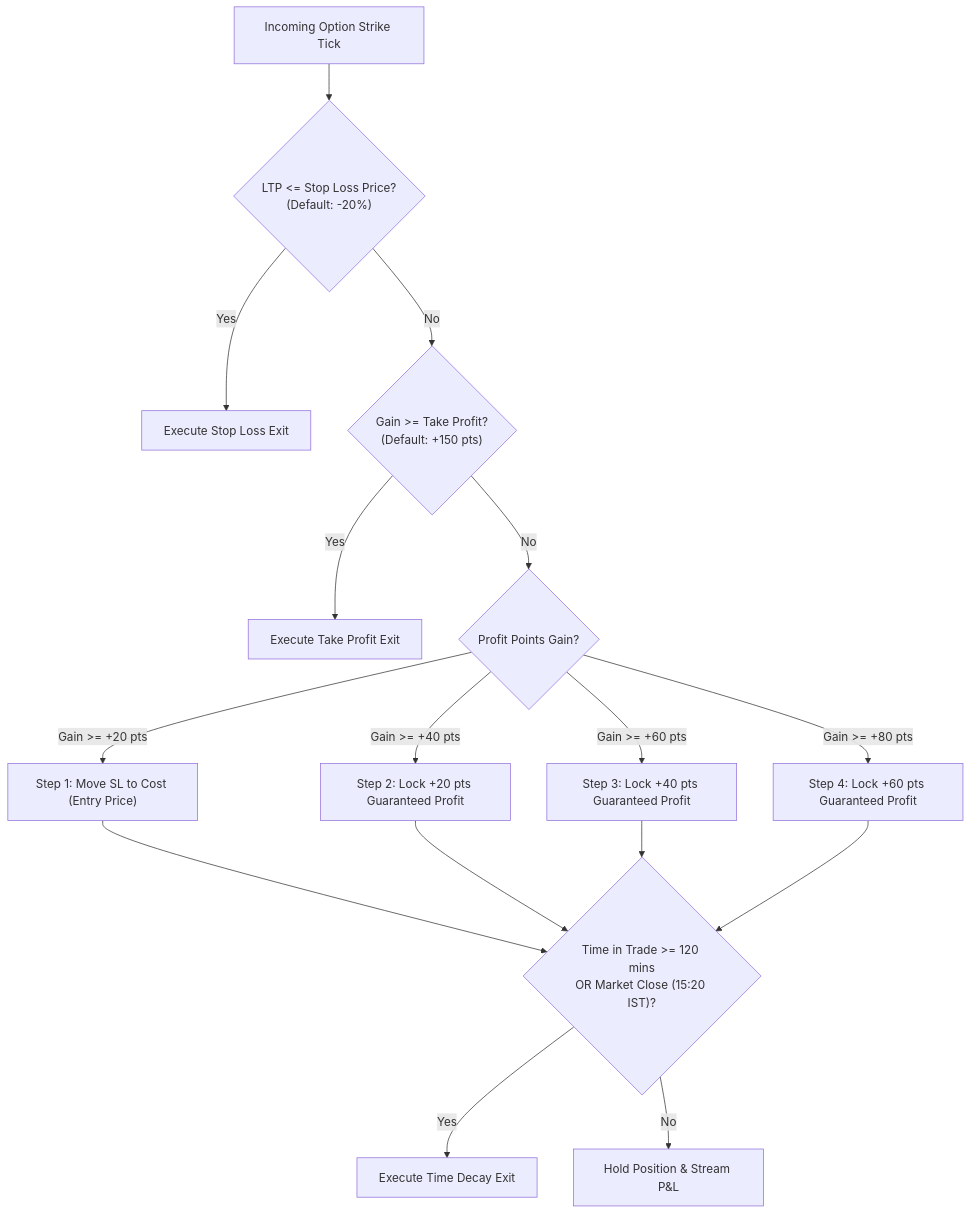
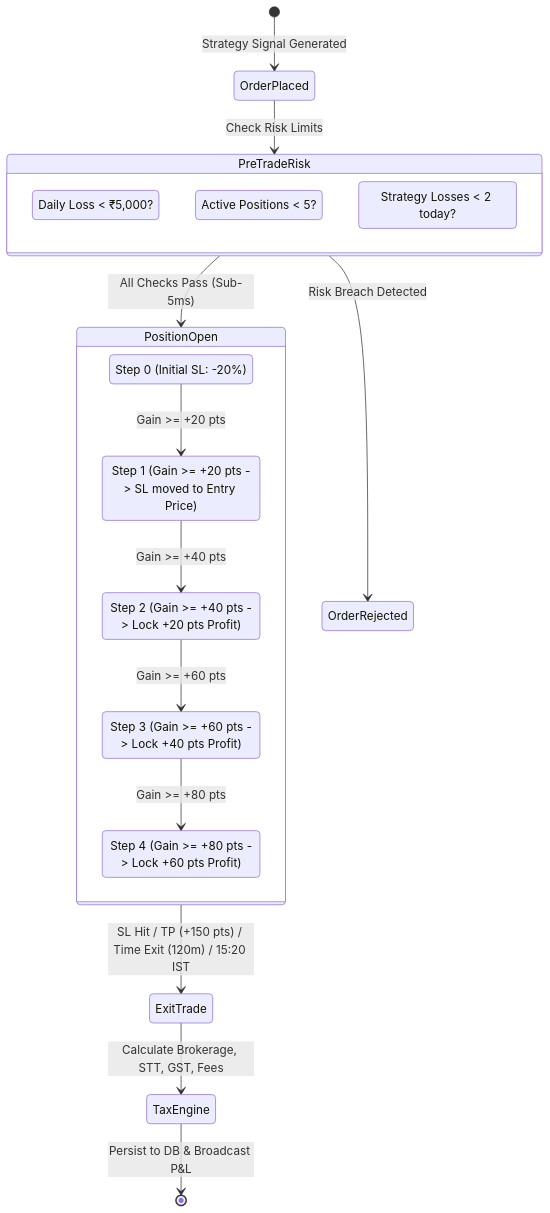
Before and after one commit to PARTHIBAKANNAN/OptionsSimulator: the third of 5 diagrams in docs/ARCHITECTURE.md, drawn with Mermaid. The commit also changed other lines of this file and 1 other file, not shown here.

Commit message:
docs: expand master technical architecture reference manual and interactive suite

````diff
--- a/docs/ARCHITECTURE.md
+++ b/docs/ARCHITECTURE.md
@@ -134,17 +394,31 @@
 ```mermaid
-flowchart TD
-    Tick["Incoming Option Strike Tick"] --> CheckSL{"LTP <= Stop Loss Price?<br/>(Default: -20%)"}
-    CheckSL -- Yes --> ExitSL["Execute Stop Loss Exit"]
-    CheckSL -- No --> CheckTP{"Gain >= Take Profit?<br/>(Default: +150 pts)"}
-    CheckTP -- Yes --> ExitTP["Execute Take Profit Exit"]
-    CheckTP -- No --> CheckTSL{"Profit Points Gain?"}
+stateDiagram-v2
+    [*] --> OrderPlaced: Strategy Signal Generated
+    OrderPlaced --> PreTradeRisk: Check Risk Limits
     
-    CheckTSL -->|Gain >= +20 pts| Step1["Step 1: Move SL to Cost (Entry Price)"]
-    CheckTSL -->|Gain >= +40 pts| Step2["Step 2: Lock +20 pts Guaranteed Profit"]
-    CheckTSL -->|Gain >= +60 pts| Step3["Step 3: Lock +40 pts Guaranteed Profit"]
-    CheckTSL -->|Gain >= +80 pts| Step4["Step 4: Lock +60 pts Guaranteed Profit"]
+    state PreTradeRisk {
+        DailyLossCheck: Daily Loss < ₹5,000?
+        ConcurrencyCheck: Active Positions < 5?
+        CooldownCheck: Strategy Losses < 2 today?
+    }
     
-    Step1 & Step2 & Step3 & Step4 --> CheckTime{"Time in Trade >= 120 mins<br/>OR Market Close (15:20 IST)?"}
-    CheckTime -- Yes --> ExitTime["Execute Time Decay Exit"]
-    CheckTime -- No --> Hold["Hold Position & Stream P&L"]
+    PreTradeRisk --> PositionOpen: All Checks Pass (Sub-5ms)
+    PreTradeRisk --> OrderRejected: Risk Breach Detected
+    
+    state PositionOpen {
+        State0: Step 0 (Initial SL: -20%)
+        State1: Step 1 (Gain >= +20 pts -> SL moved to Entry Price)
+        State2: Step 2 (Gain >= +40 pts -> Lock +20 pts Profit)
+        State3: Step 3 (Gain >= +60 pts -> Lock +40 pts Profit)
+        State4: Step 4 (Gain >= +80 pts -> Lock +60 pts Profit)
+        
+        State0 --> State1: Gain >= +20 pts
+        State1 --> State2: Gain >= +40 pts
+        State2 --> State3: Gain >= +60 pts
+        State3 --> State4: Gain >= +80 pts
+    }
+    
+    PositionOpen --> ExitTrade: SL Hit / TP (+150 pts) / Time Exit (120m) / 15:20 IST
+    ExitTrade --> TaxEngine: Calculate Brokerage, STT, GST, Fees
+    TaxEngine --> [*]: Persist to DB & Broadcast P&L
 ```
````
